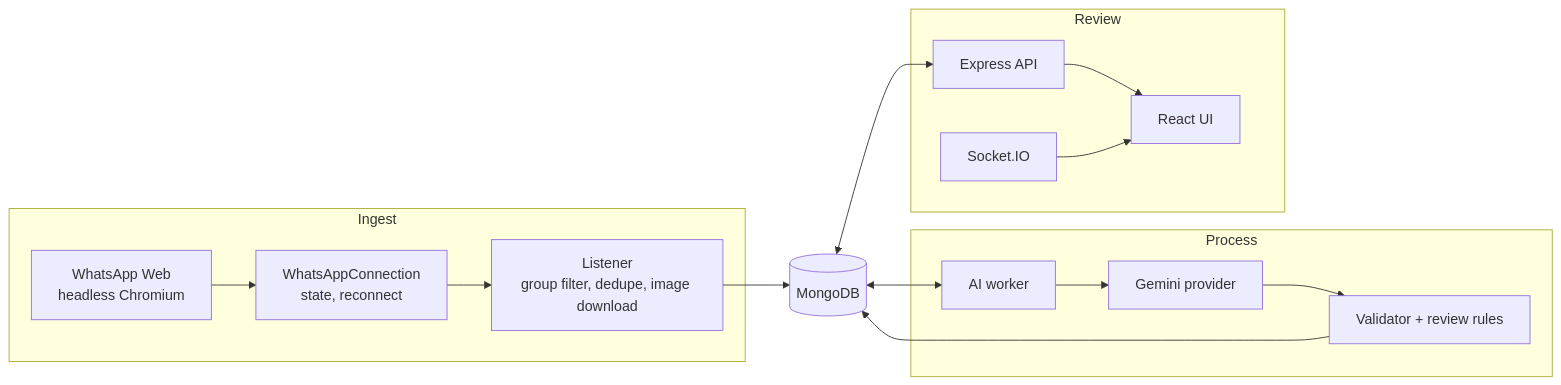
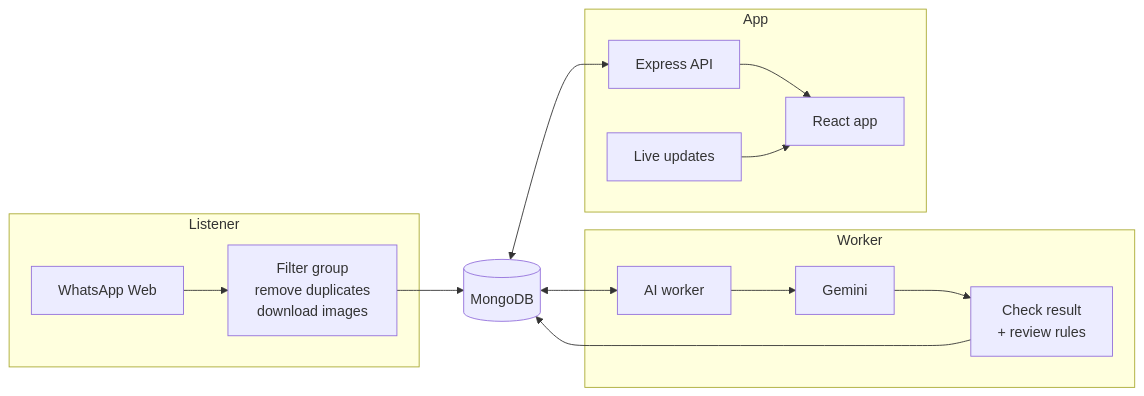
One commit to karthikeyagullapudi/whatsapp-message-intelligence changed the first of 2 diagrams in docs/ARCHITECTURE.md. Above: the diagram before and after it, drawn with Mermaid. The commit also changed other lines of this file and 3 other files, not shown here.

First line of the commit message:
docs: rewrite architecture, WhatsApp, AI and limitations docs in plain language

````diff
--- a/docs/ARCHITECTURE.md
+++ b/docs/ARCHITECTURE.md
@@ -15,19 +15,18 @@
 ```mermaid
 flowchart LR
-  subgraph Ingest
-    WA[WhatsApp Web<br/>headless Chromium] --> C[WhatsAppConnection<br/>state, reconnect]
-    C --> L[Listener<br/>group filter, dedupe, image download]
+  subgraph Listener
+    WA[WhatsApp Web] --> L[Filter group<br/>remove duplicates<br/>download images]
   end
   L --> DB[(MongoDB)]
-  subgraph Process
-    W[AI worker] --> P[Gemini provider]
-    P --> V[Validator + review rules]
+  subgraph Worker
+    W[AI worker] --> G[Gemini]
+    G --> V[Check result<br/>+ review rules]
   end
   DB <--> W
   V --> DB
-  subgraph Review
-    API[Express API] --> UI[React UI]
-    S[Socket.IO] --> UI
+  subgraph App
+    API[Express API] --> UI[React app]
+    S[Live updates] --> UI
   end
   DB <--> API
 ```
````
